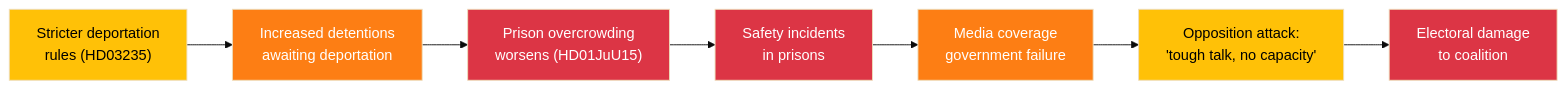
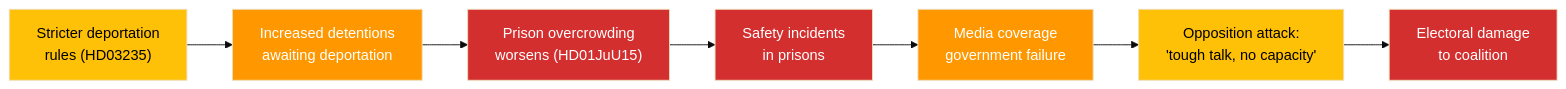
The second of 2 diagrams in analysis/daily/2026-04-03/realtime-1018/risk-assessment.md (Hack23/riksdagsmonitor), drawn with Mermaid (base theme) before and after one commit. The commit also changed other lines of this file and 785 other files, not shown here.

First line of the commit message:
Normalize mermaid colors across 786 analysis artifacts to ISMS Style Guide palette

````diff
--- a/analysis/daily/2026-04-03/realtime-1018/risk-assessment.md
+++ b/analysis/daily/2026-04-03/realtime-1018/risk-assessment.md
@@ -73,17 +73,17 @@
 ```mermaid
 graph LR
     A["Stricter deportation<br/>rules (HD03235)"] --> B["Increased detentions<br/>awaiting deportation"]
     B --> C["Prison overcrowding<br/>worsens (HD01JuU15)"]
     C --> D["Safety incidents<br/>in prisons"]
     D --> E["Media coverage<br/>government failure"]
     E --> F["Opposition attack:<br/>'tough talk, no capacity'"]
     F --> G["Electoral damage<br/>to coalition"]
 
-    style A fill:#ffc107,color:#000
-    style B fill:#fd7e14,color:#fff
-    style C fill:#dc3545,color:#fff
-    style D fill:#dc3545,color:#fff
-    style E fill:#fd7e14,color:#fff
-    style F fill:#ffc107,color:#000
-    style G fill:#dc3545,color:#fff
+    style A fill:#FFC107,color:#000000
+    style B fill:#FF9800,color:#FFFFFF
+    style C fill:#D32F2F,color:#FFFFFF
+    style D fill:#D32F2F,color:#FFFFFF
+    style E fill:#FF9800,color:#FFFFFF
+    style F fill:#FFC107,color:#000000
+    style G fill:#D32F2F,color:#FFFFFF
 ```
````
